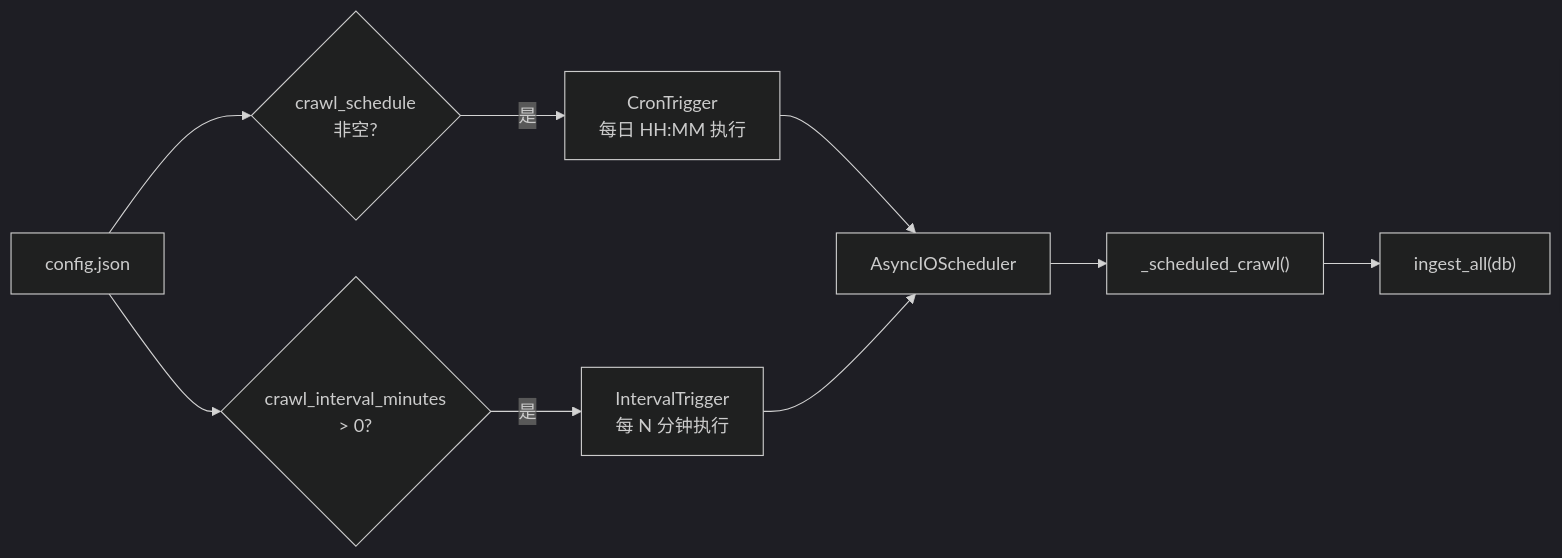
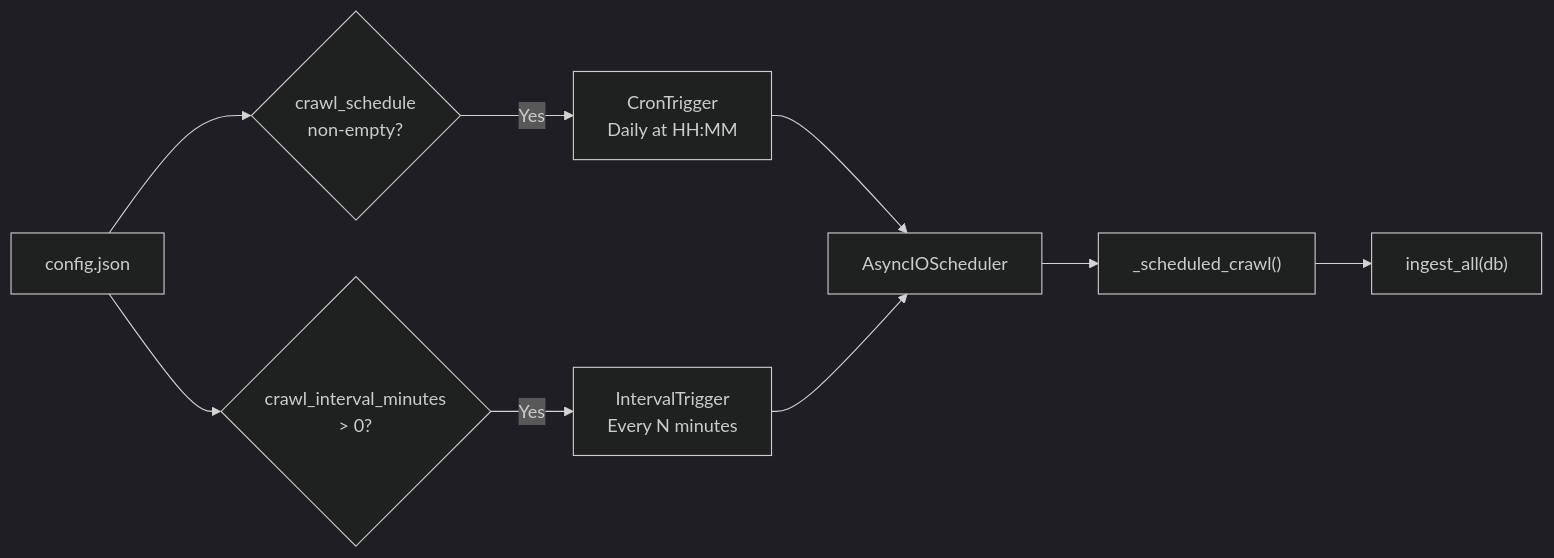
The third of 4 diagrams in docs/docs/architecture/backend.mdx (XUranus/dungeon), drawn with Mermaid (dark theme) before and after one commit. The commit also changed other lines of this file and 75 other files, not shown here.

````diff
--- a/docs/docs/architecture/backend.mdx
+++ b/docs/docs/architecture/backend.mdx
@@ -332,14 +498,14 @@
 ```mermaid
 flowchart LR
-    Config["config.json"] --> Check1{"crawl_schedule<br/>非空?"}
+    Config["config.json"] --> Check1{"crawl_schedule<br/>non-empty?"}
     Config --> Check2{"crawl_interval_minutes<br/>> 0?"}
 
-    Check1 -->|"是"| CronJob["CronTrigger<br/>每日 HH:MM 执行"]
-    Check2 -->|"是"| IntervalJob["IntervalTrigger<br/>每 N 分钟执行"]
+    Check1 -->|"Yes"| CronJob["CronTrigger<br/>Daily at HH:MM"]
+    Check2 -->|"Yes"| IntervalJob["IntervalTrigger<br/>Every N minutes"]
 
     CronJob --> Scheduler["AsyncIOScheduler"]
     IntervalJob --> Scheduler
 
     Scheduler --> Crawl["_scheduled_crawl()"]
     Crawl --> IngestAll["ingest_all(db)"]
 ```
````
